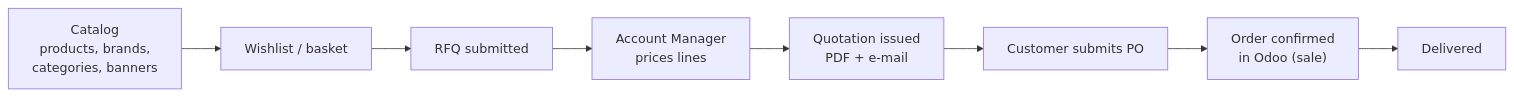
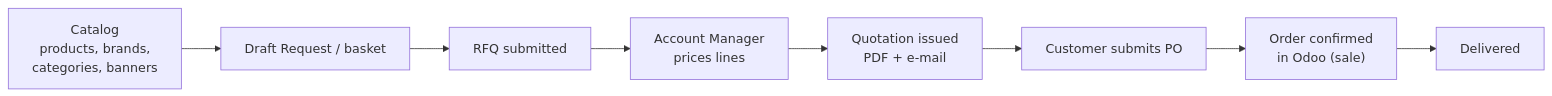
Before and after one commit to LaplaceSoftware/lp_projects_docs: the third of 3 diagrams in docs/b2b_ecommerce_docs/_technical_docs/001-Project-Overview.md, drawn with Mermaid. The commit also changed other lines of this file and 48 other files, not shown here.

````diff
--- a/docs/b2b_ecommerce_docs/_technical_docs/001-Project-Overview.md
+++ b/docs/b2b_ecommerce_docs/_technical_docs/001-Project-Overview.md
@@ -74,10 +74,10 @@
 ```mermaid
 flowchart LR
-    A["Catalog<br/>products, brands,<br/>categories, banners"] --> B["Wishlist / basket"]
+    A["Catalog<br/>products, brands,<br/>categories, banners"] --> B["Draft Request / basket"]
     B --> C["RFQ submitted"]
     C --> D["Account Manager<br/>prices lines"]
     D --> E["Quotation issued<br/>PDF + e-mail"]
     E --> F["Customer submits PO"]
     F --> G["Order confirmed<br/>in Odoo (sale)"]
     G --> H["Delivered"]
 ```
````
